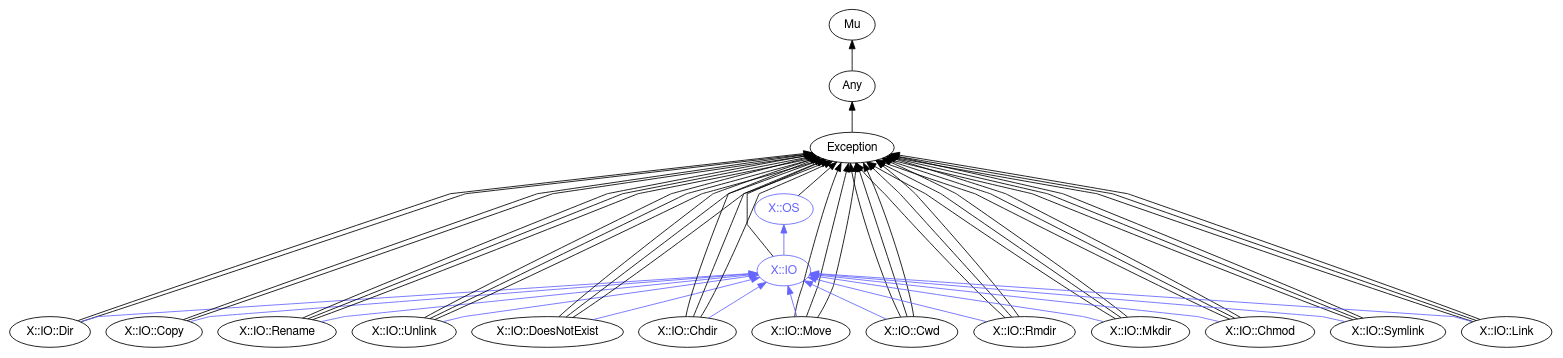
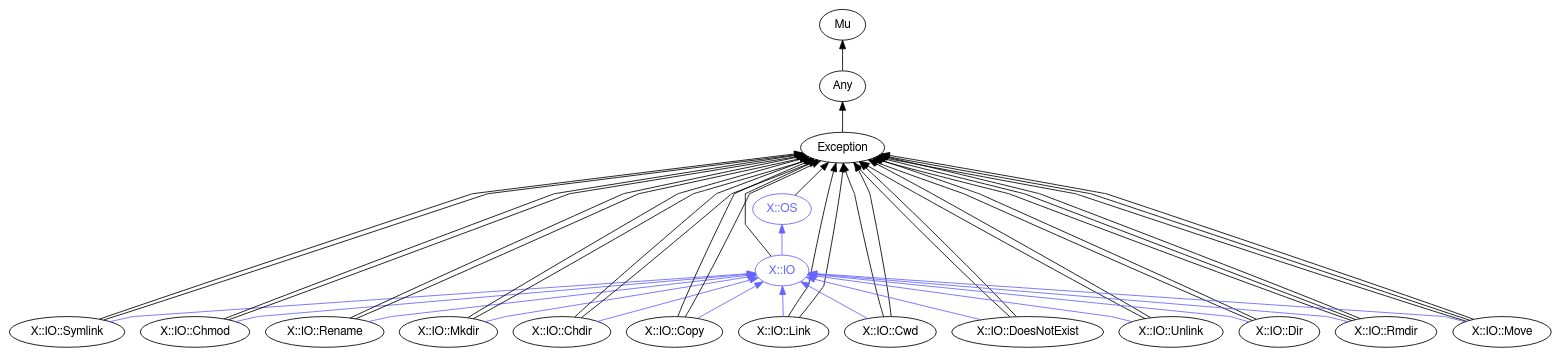
One commit to perl6docs/perl6docs.github.io changed the diagram in images/type-graph-X::OS.svg.dot. Above: the diagram before and after it, drawn with Graphviz. The commit also changed 4392 other files, not shown here.

```diff
--- a/images/type-graph-X::OS.svg.dot
+++ b/images/type-graph-X::OS.svg.dot
@@ -1,83 +1,74 @@
 digraph "perl6-type-graph" {
     rankdir=BT;
     splines=polyline;
     overlap=false; 
     // Types
     "X::OS" [color="#6666FF", fontcolor="#6666FF", href="/type/X::OS", fontname="FreeSans"];
     "Mu" [color="#000000", fontcolor="#000000", href="/type/Mu", fontname="FreeSans"];
     "Any" [color="#000000", fontcolor="#000000", href="/type/Any", fontname="FreeSans"];
     "Exception" [color="#000000", fontcolor="#000000", href="/type/Exception", fontname="FreeSans"];
     "X::IO" [color="#6666FF", fontcolor="#6666FF", href="/type/X::IO", fontname="FreeSans"];
+    "X::IO::Symlink" [color="#000000", fontcolor="#000000", href="/type/X::IO::Symlink", fontname="FreeSans"];
+    "X::IO::Chmod" [color="#000000", fontcolor="#000000", href="/type/X::IO::Chmod", fontname="FreeSans"];
+    "X::IO::Rename" [color="#000000", fontcolor="#000000", href="/type/X::IO::Rename", fontname="FreeSans"];
+    "X::IO::Mkdir" [color="#000000", fontcolor="#000000", href="/type/X::IO::Mkdir", fontname="FreeSans"];
+    "X::IO::Chdir" [color="#000000", fontcolor="#000000", href="/type/X::IO::Chdir", fontname="FreeSans"];
+    "X::IO::Copy" [color="#000000", fontcolor="#000000", href="/type/X::IO::Copy", fontname="FreeSans"];
+    "X::IO::Link" [color="#000000", fontcolor="#000000", href="/type/X::IO::Link", fontname="FreeSans"];
+    "X::IO::Cwd" [color="#000000", fontcolor="#000000", href="/type/X::IO::Cwd", fontname="FreeSans"];
+    "X::IO::DoesNotExist" [color="#000000", fontcolor="#000000", href="/type/X::IO::DoesNotExist", fontname="FreeSans"];
+    "X::IO::Unlink" [color="#000000", fontcolor="#000000", href="/type/X::IO::Unlink", fontname="FreeSans"];
     "X::IO::Dir" [color="#000000", fontcolor="#000000", href="/type/X::IO::Dir", fontname="FreeSans"];
-    "X::IO::Copy" [color="#000000", fontcolor="#000000", href="/type/X::IO::Copy", fontname="FreeSans"];
-    "X::IO::Rename" [color="#000000", fontcolor="#000000", href="/type/X::IO::Rename", fontname="FreeSans"];
-    "X::IO::Unlink" [color="#000000", fontcolor="#000000", href="/type/X::IO::Unlink", fontname="FreeSans"];
-    "X::IO::DoesNotExist" [color="#000000", fontcolor="#000000", href="/type/X::IO::DoesNotExist", fontname="FreeSans"];
-    "X::IO::Chdir" [color="#000000", fontcolor="#000000", href="/type/X::IO::Chdir", fontname="FreeSans"];
+    "X::IO::Rmdir" [color="#000000", fontcolor="#000000", href="/type/X::IO::Rmdir", fontname="FreeSans"];
     "X::IO::Move" [color="#000000", fontcolor="#000000", href="/type/X::IO::Move", fontname="FreeSans"];
-    "X::IO::Cwd" [color="#000000", fontcolor="#000000", href="/type/X::IO::Cwd", fontname="FreeSans"];
-    "X::IO::Rmdir" [color="#000000", fontcolor="#000000", href="/type/X::IO::Rmdir", fontname="FreeSans"];
-    "X::IO::Mkdir" [color="#000000", fontcolor="#000000", href="/type/X::IO::Mkdir", fontname="FreeSans"];
-    "X::IO::Chmod" [color="#000000", fontcolor="#000000", href="/type/X::IO::Chmod", fontname="FreeSans"];
-    "X::IO::Symlink" [color="#000000", fontcolor="#000000", href="/type/X::IO::Symlink", fontname="FreeSans"];
-    "X::IO::Link" [color="#000000", fontcolor="#000000", href="/type/X::IO::Link", fontname="FreeSans"];
 
     // Superclasses
     "X::OS" -> "Exception" [color="#000000"];
     "Any" -> "Mu" [color="#000000"];
     "Exception" -> "Any" [color="#000000"];
     "X::IO" -> "Exception" [color="#000000"];
+    "X::IO::Symlink" -> "Exception" [color="#000000"];
+    "X::IO::Symlink" -> "Exception" [color="#000000"];
+    "X::IO::Chmod" -> "Exception" [color="#000000"];
+    "X::IO::Chmod" -> "Exception" [color="#000000"];
+    "X::IO::Rename" -> "Exception" [color="#000000"];
+    "X::IO::Rename" -> "Exception" [color="#000000"];
+    "X::IO::Mkdir" -> "Exception" [color="#000000"];
+    "X::IO::Mkdir" -> "Exception" [color="#000000"];
+    "X::IO::Chdir" -> "Exception" [color="#000000"];
+    "X::IO::Chdir" -> "Exception" [color="#000000"];
+    "X::IO::Copy" -> "Exception" [color="#000000"];
+    "X::IO::Copy" -> "Exception" [color="#000000"];
+    "X::IO::Link" -> "Exception" [color="#000000"];
+    "X::IO::Link" -> "Exception" [color="#000000"];
+    "X::IO::Cwd" -> "Exception" [color="#000000"];
+    "X::IO::Cwd" -> "Exception" [color="#000000"];
+    "X::IO::DoesNotExist" -> "Exception" [color="#000000"];
+    "X::IO::DoesNotExist" -> "Exception" [color="#000000"];
+    "X::IO::Unlink" -> "Exception" [color="#000000"];
+    "X::IO::Unlink" -> "Exception" [color="#000000"];
     "X::IO::Dir" -> "Exception" [color="#000000"];
     "X::IO::Dir" -> "Exception" [color="#000000"];
-    "X::IO::Copy" -> "Exception" [color="#000000"];
-    "X::IO::Copy" -> "Exception" [color="#000000"];
-    "X::IO::Rename" -> "Exception" [color="#000000"];
-    "X::IO::Rename" -> "Exception" [color="#000000"];
-    "X::IO::Rename" -> "Exception" [color="#000000"];
-    "X::IO::Unlink" -> "Exception" [color="#000000"];
-    "X::IO::Unlink" -> "Exception" [color="#000000"];
-    "X::IO::Unlink" -> "Exception" [color="#000000"];
-    "X::IO::DoesNotExist" -> "Exception" [color="#000000"];
-    "X::IO::DoesNotExist" -> "Exception" [color="#000000"];
-    "X::IO::DoesNotExist" -> "Exception" [color="#000000"];
-    "X::IO::Chdir" -> "Exception" [color="#000000"];
-    "X::IO::Chdir" -> "Exception" [color="#000000"];
-    "X::IO::Chdir" -> "Exception" [color="#000000"];
+    "X::IO::Rmdir" -> "Exception" [color="#000000"];
+    "X::IO::Rmdir" -> "Exception" [color="#000000"];
+    "X::IO::Rmdir" -> "Exception" [color="#000000"];
     "X::IO::Move" -> "Exception" [color="#000000"];
     "X::IO::Move" -> "Exception" [color="#000000"];
     "X::IO::Move" -> "Exception" [color="#000000"];
-    "X::IO::Cwd" -> "Exception" [color="#000000"];
-    "X::IO::Cwd" -> "Exception" [color="#000000"];
-    "X::IO::Cwd" -> "Exception" [color="#000000"];
-    "X::IO::Rmdir" -> "Exception" [color="#000000"];
-    "X::IO::Rmdir" -> "Exception" [color="#000000"];
-    "X::IO::Rmdir" -> "Exception" [color="#000000"];
-    "X::IO::Mkdir" -> "Exception" [color="#000000"];
-    "X::IO::Mkdir" -> "Exception" [color="#000000"];
-    "X::IO::Mkdir" -> "Exception" [color="#000000"];
-    "X::IO::Chmod" -> "Exception" [color="#000000"];
-    "X::IO::Chmod" -> "Exception" [color="#000000"];
-    "X::IO::Chmod" -> "Exception" [color="#000000"];
-    "X::IO::Symlink" -> "Exception" [color="#000000"];
-    "X::IO::Symlink" -> "Exception" [color="#000000"];
-    "X::IO::Symlink" -> "Exception" [color="#000000"];
-    "X::IO::Link" -> "Exception" [color="#000000"];
-    "X::IO::Link" -> "Exception" [color="#000000"];
-    "X::IO::Link" -> "Exception" [color="#000000"];
 
     // Roles
     "X::IO" -> "X::OS" [color="#6666FF"];
+    "X::IO::Symlink" -> "X::IO" [color="#6666FF"];
+    "X::IO::Chmod" -> "X::IO" [color="#6666FF"];
+    "X::IO::Rename" -> "X::IO" [color="#6666FF"];
+    "X::IO::Mkdir" -> "X::IO" [color="#6666FF"];
+    "X::IO::Chdir" -> "X::IO" [color="#6666FF"];
+    "X::IO::Copy" -> "X::IO" [color="#6666FF"];
+    "X::IO::Link" -> "X::IO" [color="#6666FF"];
+    "X::IO::Cwd" -> "X::IO" [color="#6666FF"];
+    "X::IO::DoesNotExist" -> "X::IO" [color="#6666FF"];
+    "X::IO::Unlink" -> "X::IO" [color="#6666FF"];
     "X::IO::Dir" -> "X::IO" [color="#6666FF"];
-    "X::IO::Copy" -> "X::IO" [color="#6666FF"];
-    "X::IO::Rename" -> "X::IO" [color="#6666FF"];
-    "X::IO::Unlink" -> "X::IO" [color="#6666FF"];
-    "X::IO::DoesNotExist" -> "X::IO" [color="#6666FF"];
-    "X::IO::Chdir" -> "X::IO" [color="#6666FF"];
+    "X::IO::Rmdir" -> "X::IO" [color="#6666FF"];
     "X::IO::Move" -> "X::IO" [color="#6666FF"];
-    "X::IO::Cwd" -> "X::IO" [color="#6666FF"];
-    "X::IO::Rmdir" -> "X::IO" [color="#6666FF"];
-    "X::IO::Mkdir" -> "X::IO" [color="#6666FF"];
-    "X::IO::Chmod" -> "X::IO" [color="#6666FF"];
-    "X::IO::Symlink" -> "X::IO" [color="#6666FF"];
-    "X::IO::Link" -> "X::IO" [color="#6666FF"];
 }
```
